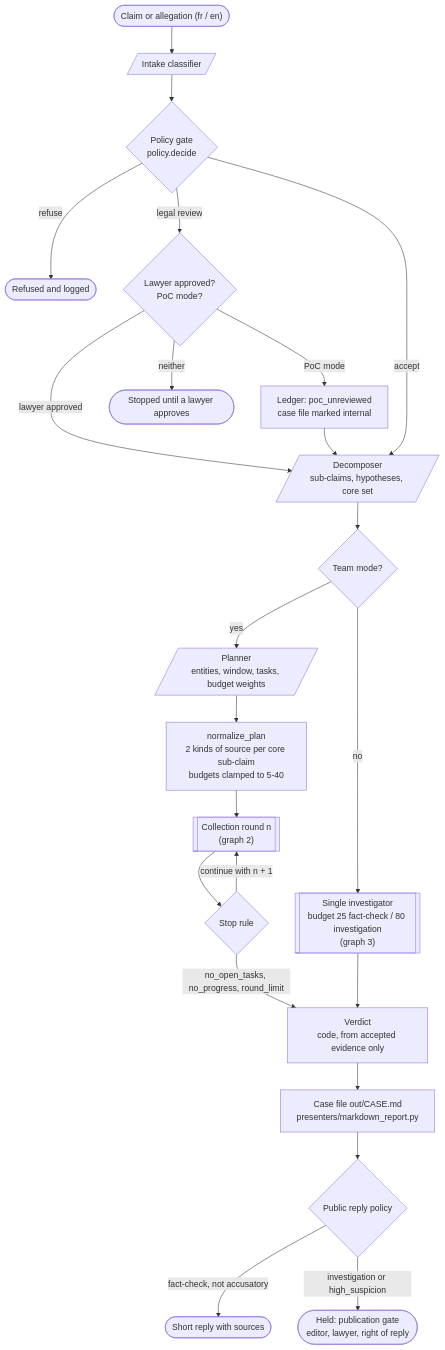
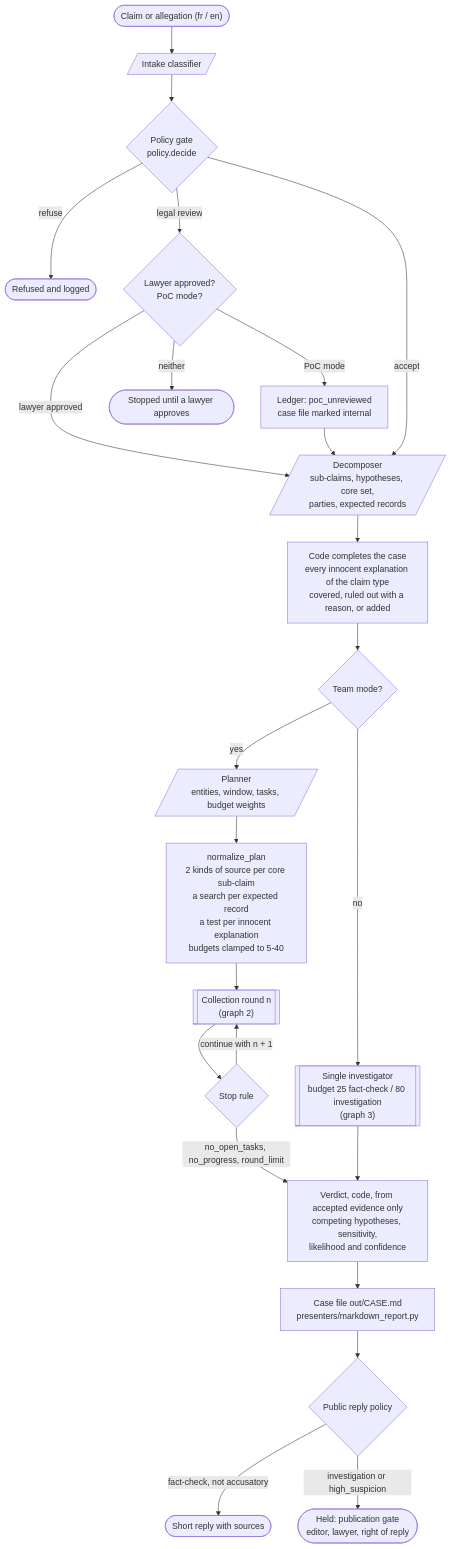
Before and after one commit to diya-thabet/Caligula: the first of 5 diagrams in docs/agent.md, drawn with Mermaid. The commit also changed other lines of this file and 3 other files, not shown here.

````diff
--- a/docs/agent.md
+++ b/docs/agent.md
@@ -36,25 +36,26 @@
 ```mermaid
 flowchart TD
     REQ(["Claim or allegation (fr / en)"]) --> CLS[/"Intake classifier"/]
     CLS --> GATE{"Policy gate<br/>policy.decide"}
     GATE -- refuse --> REF(["Refused and logged"])
     GATE -- "legal review" --> LR{"Lawyer approved?<br/>PoC mode?"}
     LR -- "lawyer approved" --> DEC
     LR -- "PoC mode" --> POC["Ledger: poc_unreviewed<br/>case file marked internal"]
     POC --> DEC
     LR -- neither --> HALT(["Stopped until a lawyer approves"])
-    GATE -- accept --> DEC[/"Decomposer<br/>sub-claims, hypotheses, core set"/]
-    DEC --> MODE{"Team mode?"}
+    GATE -- accept --> DEC[/"Decomposer<br/>sub-claims, hypotheses, core set,<br/>parties, expected records"/]
+    DEC --> INNO["Code completes the case<br/>every innocent explanation of the claim type<br/>covered, ruled out with a reason, or added"]
+    INNO --> MODE{"Team mode?"}
     MODE -- no --> SINGLE[["Single investigator<br/>budget 25 fact-check / 80 investigation<br/>(graph 3)"]]
     MODE -- yes --> PLAN[/"Planner<br/>entities, window, tasks, budget weights"/]
-    PLAN --> NORM["normalize_plan<br/>2 kinds of source per core sub-claim<br/>budgets clamped to 5-40"]
+    PLAN --> NORM["normalize_plan<br/>2 kinds of source per core sub-claim<br/>a search per expected record<br/>a test per innocent explanation<br/>budgets clamped to 5-40"]
     NORM --> ROUND[["Collection round n<br/>(graph 2)"]]
     ROUND --> STOP{"Stop rule"}
     STOP -- "continue with n + 1" --> ROUND
     STOP -- "no_open_tasks, no_progress, round_limit" --> VER
-    SINGLE --> VER["Verdict<br/>code, from accepted evidence only"]
+    SINGLE --> VER["Verdict, code, from accepted evidence only<br/>competing hypotheses, sensitivity,<br/>likelihood and confidence"]
     VER --> REP["Case file out/CASE.md<br/>presenters/markdown_report.py"]
     REP --> REPLY{"Public reply policy"}
     REPLY -- "fact-check, not accusatory" --> PUB(["Short reply with sources"])
     REPLY -- "investigation or high_suspicion" --> HOLD(["Held: publication gate<br/>editor, lawyer, right of reply"])
 ```
````
